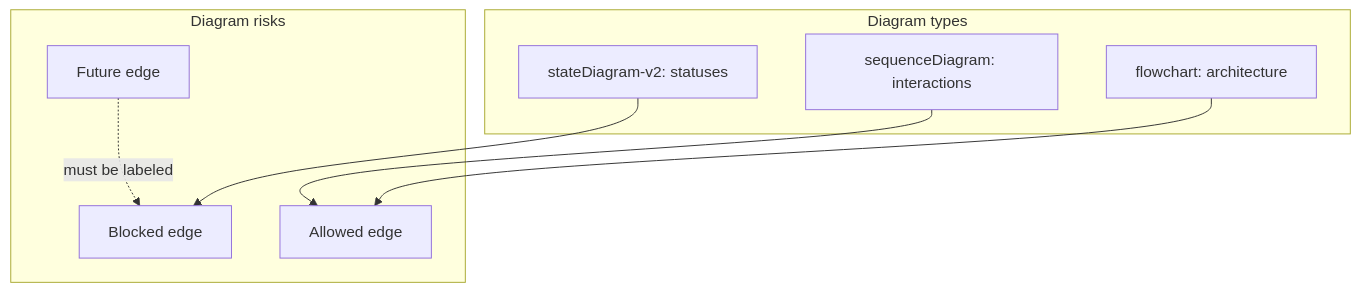
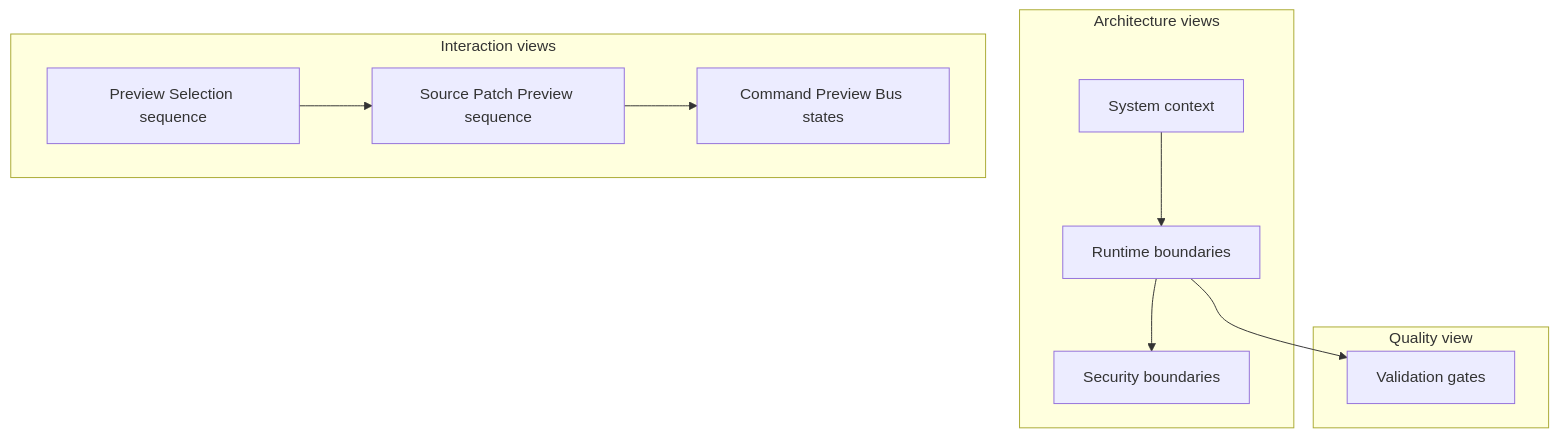
One commit to krestosa/Crystal changed the diagram in docs/architecture/diagrams/README.md. Above: the diagram before and after it, drawn with Mermaid. The commit also changed other lines of this file and 60 other files, not shown here.

````diff
--- a/docs/architecture/diagrams/README.md
+++ b/docs/architecture/diagrams/README.md
@@ -64,19 +13,19 @@
 ```mermaid
 flowchart TD
-  subgraph DiagramTypes[Diagram types]
-    Context[flowchart: architecture]
-    Sequence[sequenceDiagram: interactions]
-    State[stateDiagram-v2: statuses]
+  subgraph Architecture[Architecture views]
+    Context[System context]
+    Runtime[Runtime boundaries]
+    Security[Security boundaries]
   end
-
-  subgraph Risks[Diagram risks]
-    Future[Future edge]
-    Blocked[Blocked edge]
-    Allowed[Allowed edge]
+  subgraph Interaction[Interaction views]
+    Selection[Preview Selection sequence]
+    Patch[Source Patch Preview sequence]
+    Bus[Command Preview Bus states]
   end
-
-  Context --> Allowed
-  Sequence --> Allowed
-  State --> Blocked
-  Future -. must be labeled .-> Blocked
+  subgraph Quality[Quality view]
+    Gates[Validation gates]
+  end
+  Context --> Runtime --> Security
+  Selection --> Patch --> Bus
+  Runtime --> Gates
 ```
````
